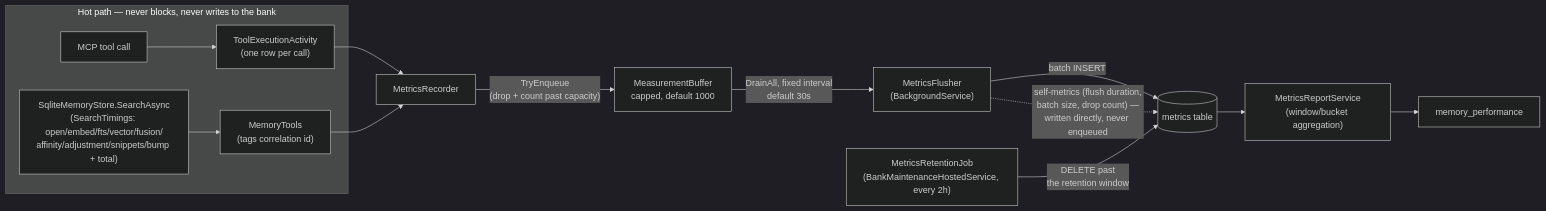
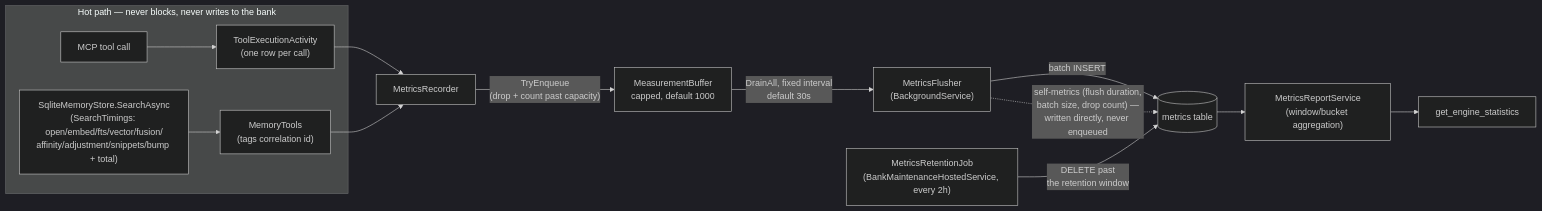
One commit to Arasz/ai-raccoon changed the fourth of 7 diagrams in docs/explanation/architecture.md. Above: the diagram before and after it, drawn with Mermaid (dark theme). The commit also changed other lines of this file and 229 other files, not shown here.

````diff
--- a/docs/explanation/architecture.md
+++ b/docs/explanation/architecture.md
@@ -514,16 +514,16 @@
 ```mermaid
 flowchart LR
     subgraph HotPath["Hot path — never blocks, never writes to the bank"]
         Tool["MCP tool call"] --> Activity["ToolExecutionActivity<br/>(one row per call)"]
         Search["SqliteMemoryStore.SearchAsync<br/>(SearchTimings: open/embed/fts/vector/fusion/<br/>affinity/adjustment/snippets/bump + total)"] --> MT["MemoryTools<br/>(tags correlation id)"]
     end
     Activity --> Recorder["MetricsRecorder"]
     MT --> Recorder
     Recorder -->|"TryEnqueue<br/>(drop + count past capacity)"| Buffer["MeasurementBuffer<br/>capped, default 1000"]
     Buffer -->|"DrainAll, fixed interval<br/>default 30s"| Flusher["MetricsFlusher<br/>(BackgroundService)"]
     Flusher -->|batch INSERT| Metrics[("metrics table")]
     Flusher -.->|"self-metrics (flush duration,<br/>batch size, drop count) —<br/>written directly, never enqueued"| Metrics
     Reaper["MetricsRetentionJob<br/>(BankMaintenanceHostedService, every 2h)"] -->|"DELETE past<br/>the retention window"| Metrics
     Metrics --> ReportSvc["MetricsReportService<br/>(window/bucket aggregation)"]
-    ReportSvc --> PerfTool["memory_performance"]
+    ReportSvc --> PerfTool["get_engine_statistics"]
 ```
````
